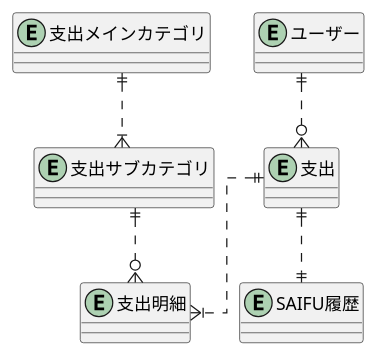
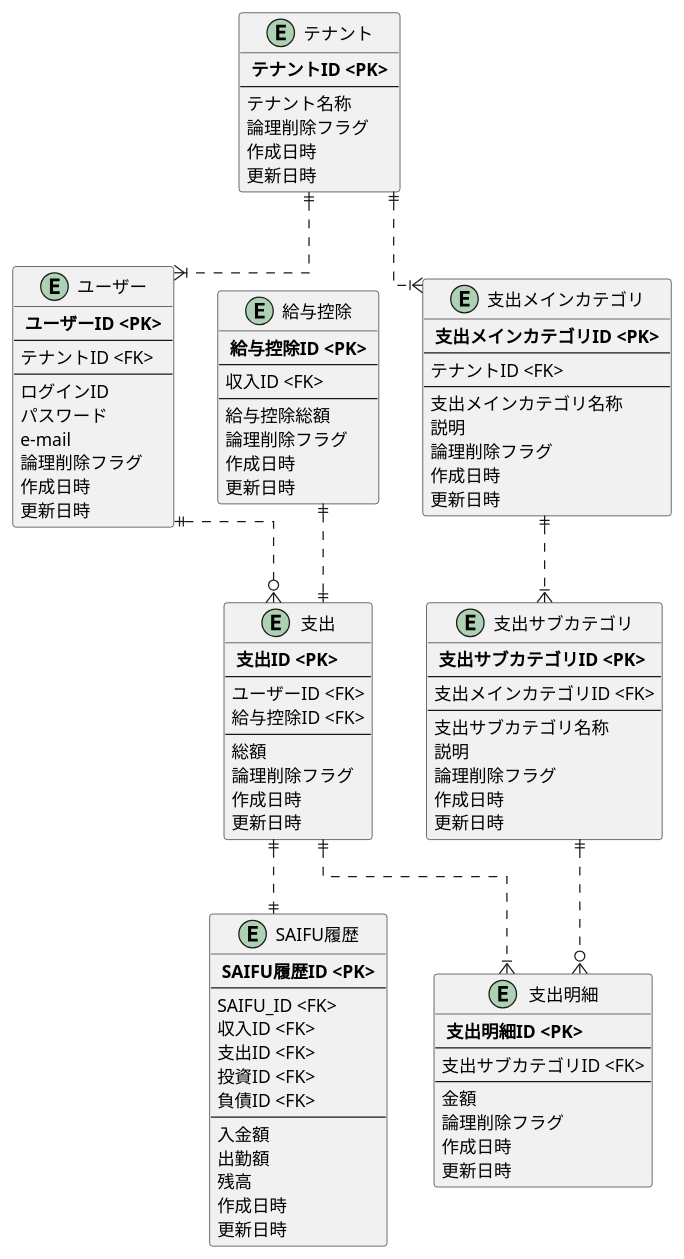
The diagram in design/ER_Logical_Expense.wsd (JojiKoike/saifu-docs), drawn with PlantUML before and after one commit.

Commit message:
Expense論理モデル作成

```diff
--- a/design/ER_Logical_Expense.wsd
+++ b/design/ER_Logical_Expense.wsd
@@ -1,32 +1,116 @@
 @startuml ER_Concept
 skinparam linetype ortho
 
 ' Entity
+entity "テナント" as tenant {
+  ** テナントID <PK> **
+  --
+  テナント名称
+  論理削除フラグ
+  作成日時
+  更新日時
+}
+
+entity "ユーザー" as user {
+  ** ユーザーID <PK> **
+  --
+  テナントID <FK>
+  --
+  ログインID
+  パスワード
+  e-mail
+  論理削除フラグ
+  作成日時
+  更新日時
+}
+
 entity "SAIFU履歴" as saifuHistory {
+  ** SAIFU履歴ID <PK> **
+  --
+  SAIFU_ID <FK>
+  収入ID <FK>
+  支出ID <FK>
+  投資ID <FK>
+  負債ID <FK>
+  --
+  入金額
+  出勤額
+  残高
+  作成日時
+  更新日時
+}
+
+entity "給与控除" as salaryDeduction {
+  ** 給与控除ID <PK> **
+  --
+  収入ID <FK>
+  --
+  給与控除総額
+  論理削除フラグ
+  作成日時
+  更新日時
 }
 
 entity "支出" as expense {
+  ** 支出ID <PK> **
+  --
+  ユーザーID <FK>
+  給与控除ID <FK>
+  --
+  総額
+  論理削除フラグ
+  作成日時
+  更新日時
 }
 
 entity "支出明細" as expenseDetail {
+  ** 支出明細ID <PK> **
+  --
+  支出サブカテゴリID <FK>
+  --
+  金額
+  論理削除フラグ
+  作成日時
+  更新日時
 }
 
 entity "支出メインカテゴリ" as expenseCategoryMain {
+  ** 支出メインカテゴリID <PK> **
+  --
+  テナントID <FK>
+  --
+  支出メインカテゴリ名称
+  説明
+  論理削除フラグ
+  作成日時
+  更新日時
 }
 
 entity "支出サブカテゴリ" as expenseCategorySub {
+  ** 支出サブカテゴリID <PK> **
+  --
+  支出メインカテゴリID <FK>
+  --
+  支出サブカテゴリ名称
+  説明
+  論理削除フラグ
+  作成日時
+  更新日時
 }
 
-entity "ユーザー" as user {
-}
 
 ' Relation
 
+' Account
+tenant ||..|{user
+
 ' Expense
+tenant ||..|{expenseCategoryMain
 expenseCategoryMain ||..|{expenseCategorySub
 expenseCategorySub ||..o{expenseDetail
+salaryDeduction ||..||expense
 expense ||..|{expenseDetail
 expense ||..||saifuHistory
 user ||..o{expense
 
 @enduml
```
